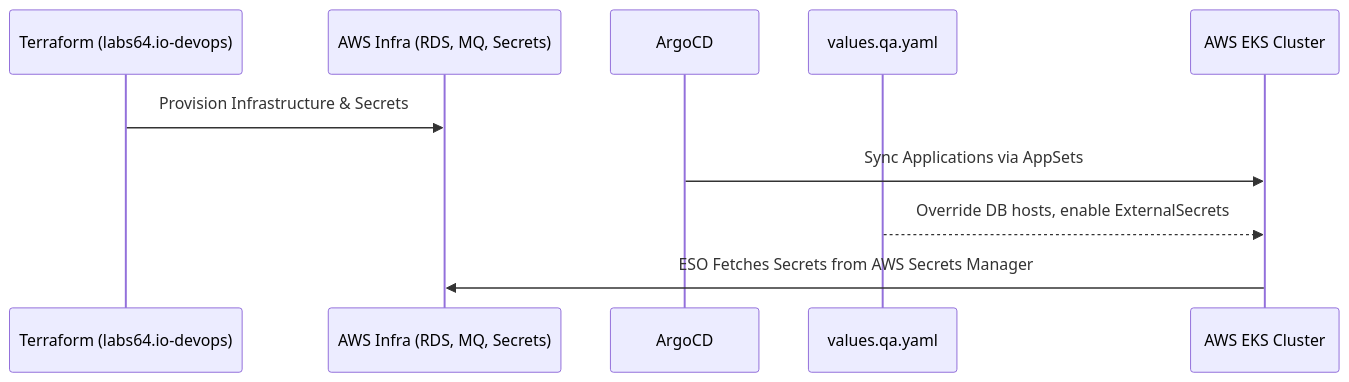
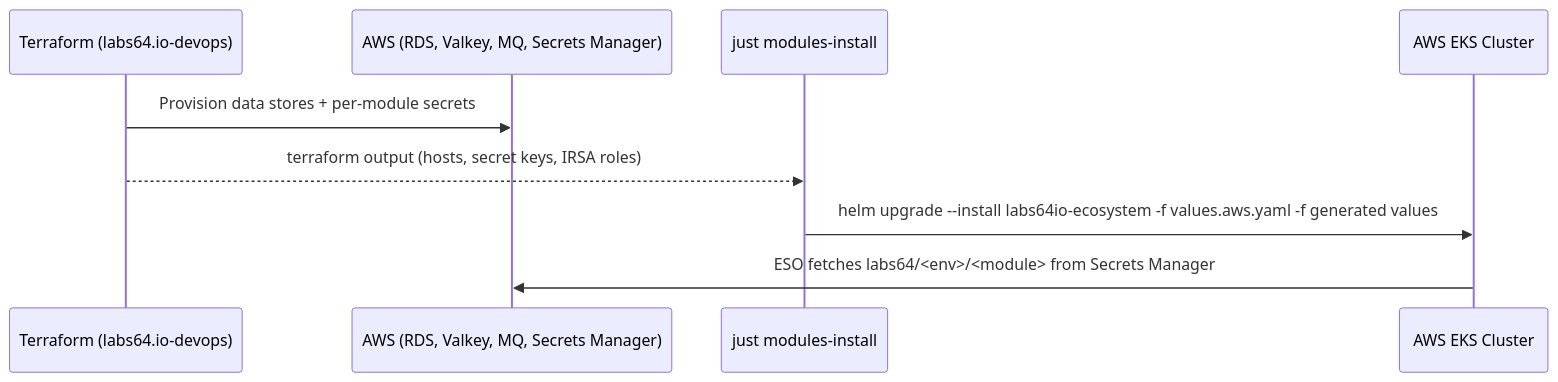
One commit to Labs64/labs64.io-helm-charts changed the third of 3 diagrams in README.md. Above: the diagram before and after it, drawn with Mermaid. The commit also changed other lines of this file and 46 other files, not shown here.

Commit message:
Revisit and simplify devops & helm-charts components versions and structure

````diff
--- a/README.md
+++ b/README.md
@@ -109,13 +109,12 @@
 ```mermaid
 sequenceDiagram
     participant TF as Terraform (labs64.io-devops)
-    participant AWS as AWS Infra (RDS, MQ, Secrets)
-    participant Argo as ArgoCD
-    participant QAConfig as values.qa.yaml
+    participant AWS as AWS (RDS, Valkey, MQ, Secrets Manager)
+    participant Just as just modules-install
     participant Cluster as AWS EKS Cluster
-    
-    TF->>AWS: Provision Infrastructure & Secrets
-    Argo->>Cluster: Sync Applications via AppSets
-    QAConfig-->>Cluster: Override DB hosts, enable ExternalSecrets
-    Cluster->>AWS: ESO Fetches Secrets from AWS Secrets Manager
+
+    TF->>AWS: Provision data stores + per-module secrets
+    TF-->>Just: terraform output (hosts, secret keys, IRSA roles)
+    Just->>Cluster: helm upgrade --install labs64io-ecosystem -f values.aws.yaml -f generated values
+    Cluster->>AWS: ESO fetches labs64/<env>/<module> from Secrets Manager
 ```
````
